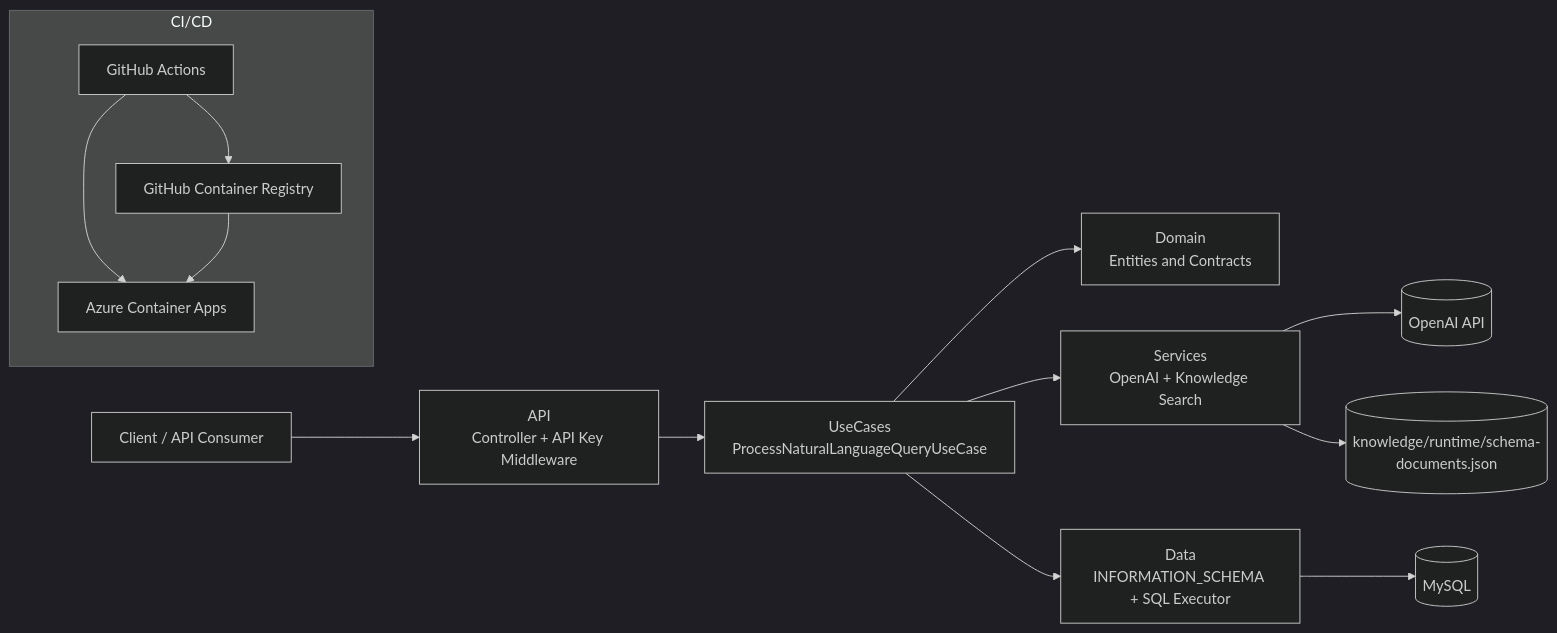
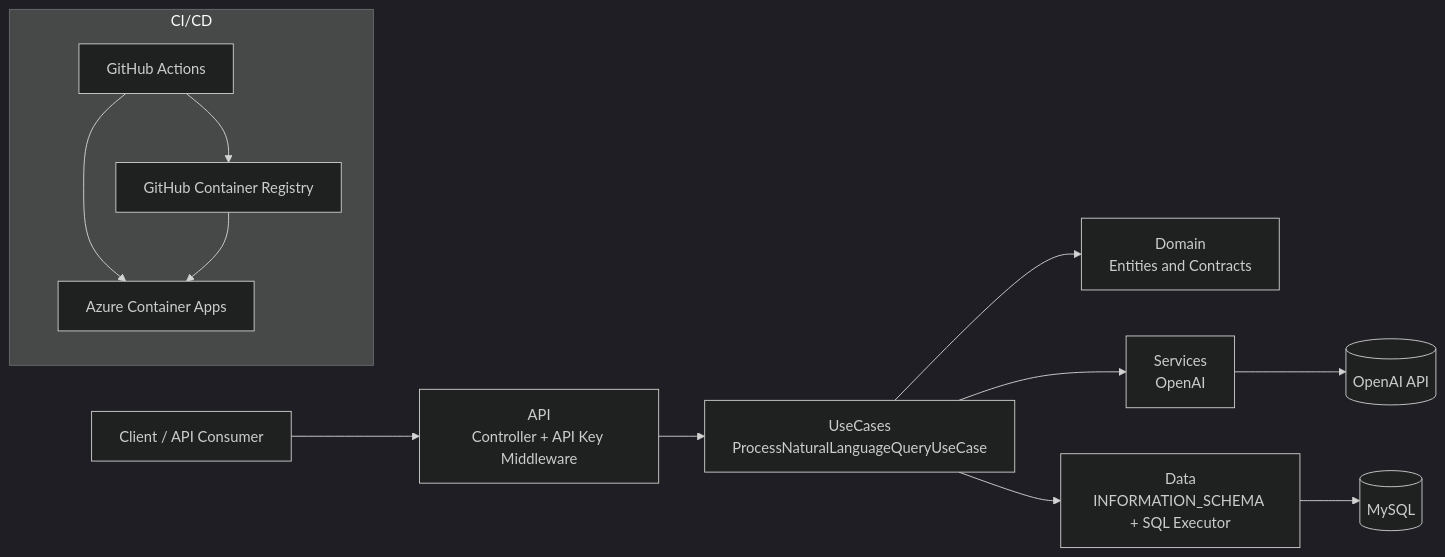
Before and after one commit to vitorrubio/dbassistant: the diagram in docs/architecture/component-diagram.mmd, drawn with Mermaid (dark theme). The commit also changed 81 other files, not shown here.

Commit message:
refactor(schema): remove rag pipeline and simplify schema context

```diff
--- a/docs/architecture/component-diagram.mmd
+++ b/docs/architecture/component-diagram.mmd
@@ -1,16 +1,15 @@
 flowchart LR
     Client[Client / API Consumer] --> Api[API\nController + API Key Middleware]
     Api --> UseCases[UseCases\nProcessNaturalLanguageQueryUseCase]
     UseCases --> Domain[Domain\nEntities and Contracts]
-    UseCases --> Services[Services\nOpenAI + Knowledge Search]
+    UseCases --> Services[Services\nOpenAI]
     UseCases --> Data[Data\nINFORMATION_SCHEMA + SQL Executor]
 
     Data --> MySql[(MySQL)]
     Services --> OpenAI[(OpenAI API)]
-    Services --> Knowledge[(knowledge/runtime/schema-documents.json)]
 
     subgraph CI/CD
         GH[GitHub Actions] --> GHCR[GitHub Container Registry]
         GH --> Azure[Azure Container Apps]
         GHCR --> Azure
     end
```
